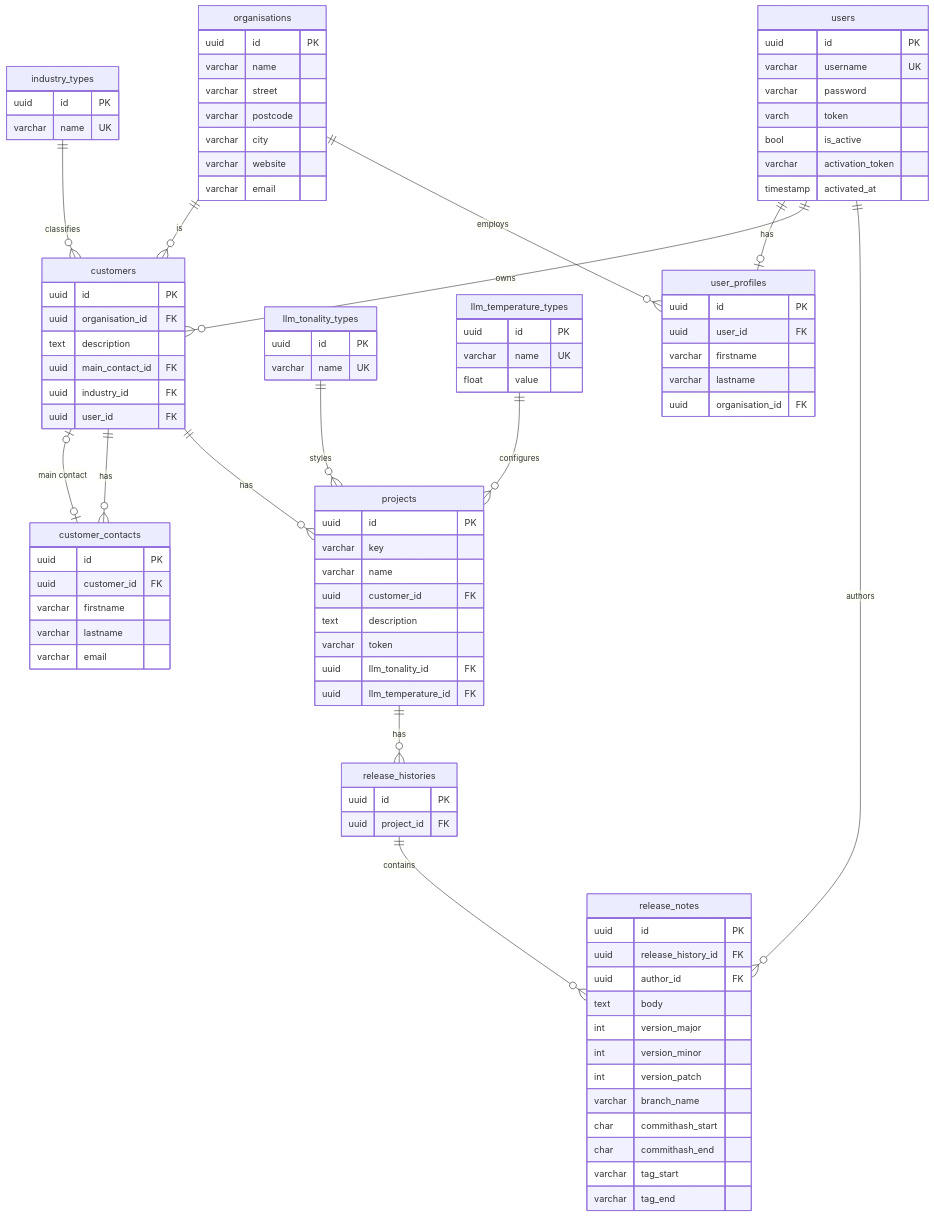
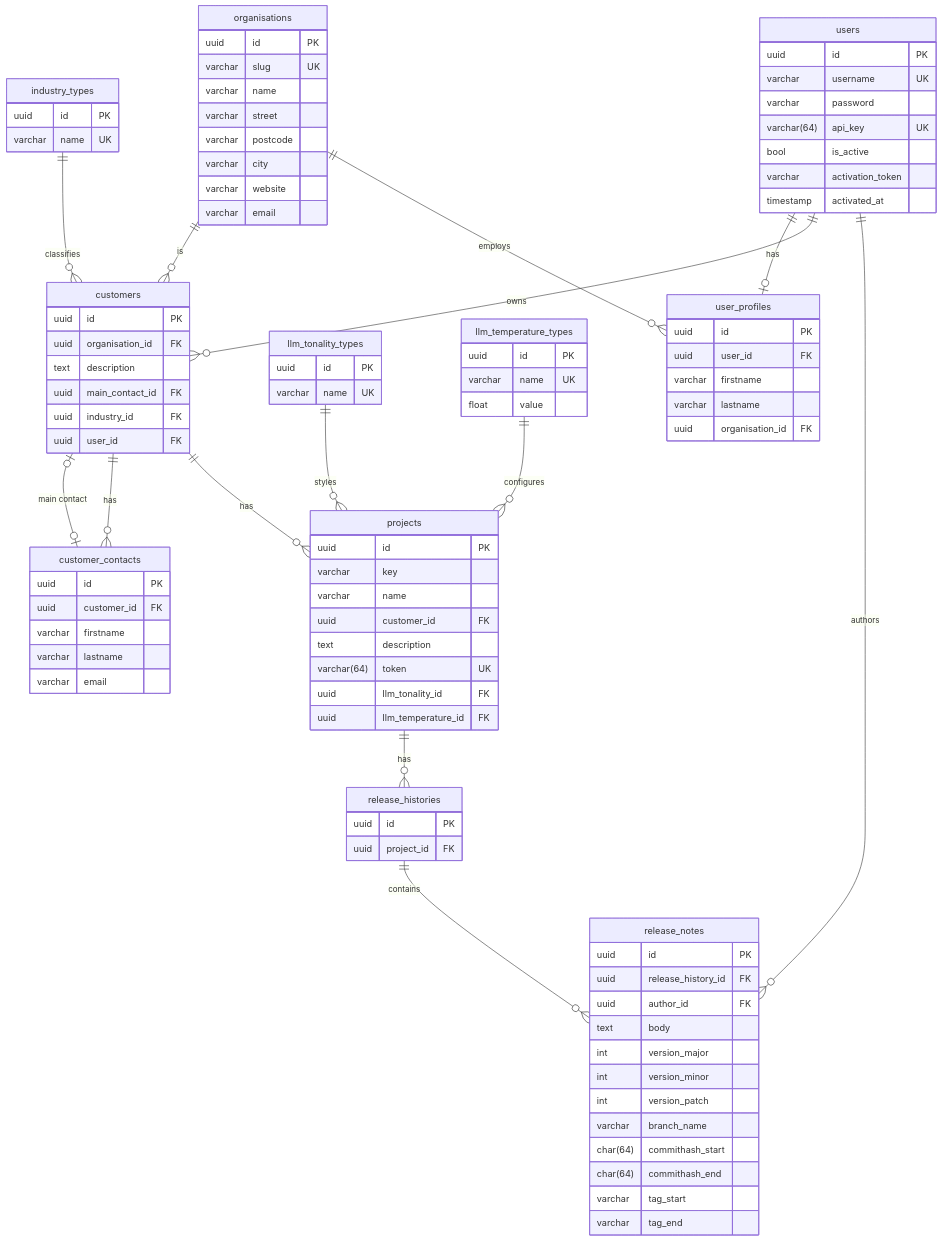
One commit to zihmm/rylees changed the diagram in docs/design/database/schema.md. Above: the diagram before and after it, drawn with Mermaid. The commit also changed other lines of this file and 4 other files, not shown here.

Commit message:
Fine-tuned concepts & architecture

```diff
--- a/docs/design/database/schema.md
+++ b/docs/design/database/schema.md
@@ -38,7 +38,7 @@
         varchar name
         uuid customer_id FK
         text description
-        varchar token
+        varchar(64) token UK
         uuid llm_tonality_id FK
         uuid llm_temperature_id FK
     }
@@ -69,8 +69,8 @@
         int version_minor
         int version_patch
         varchar branch_name
-        char commithash_start
-        char commithash_end
+        char(64) commithash_start
+        char(64) commithash_end
         varchar tag_start
         varchar tag_end
     }
@@ -84,7 +84,7 @@
         uuid id PK
         varchar username UK
         varchar password
-        varch token
+        varchar(64) api_key UK
         bool is_active
         varchar activation_token
         timestamp activated_at
@@ -100,6 +100,7 @@
 
     organisations {
         uuid id PK
+        varchar slug UK
         varchar name
         varchar street
         varchar postcode
```
